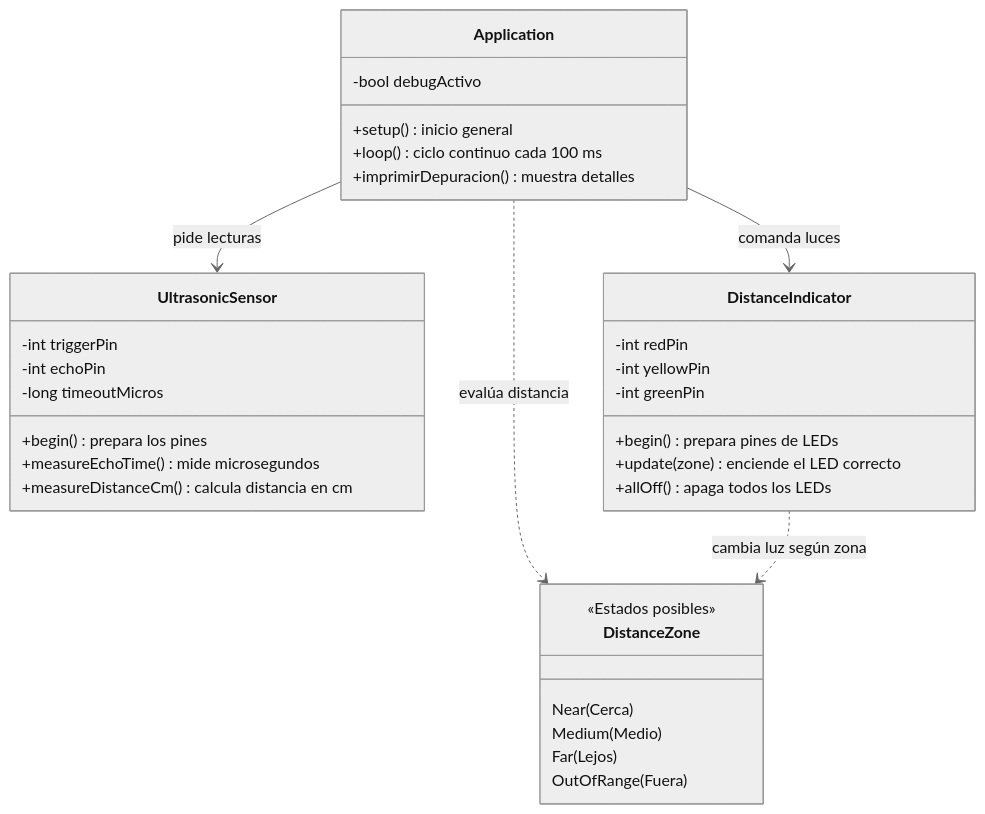
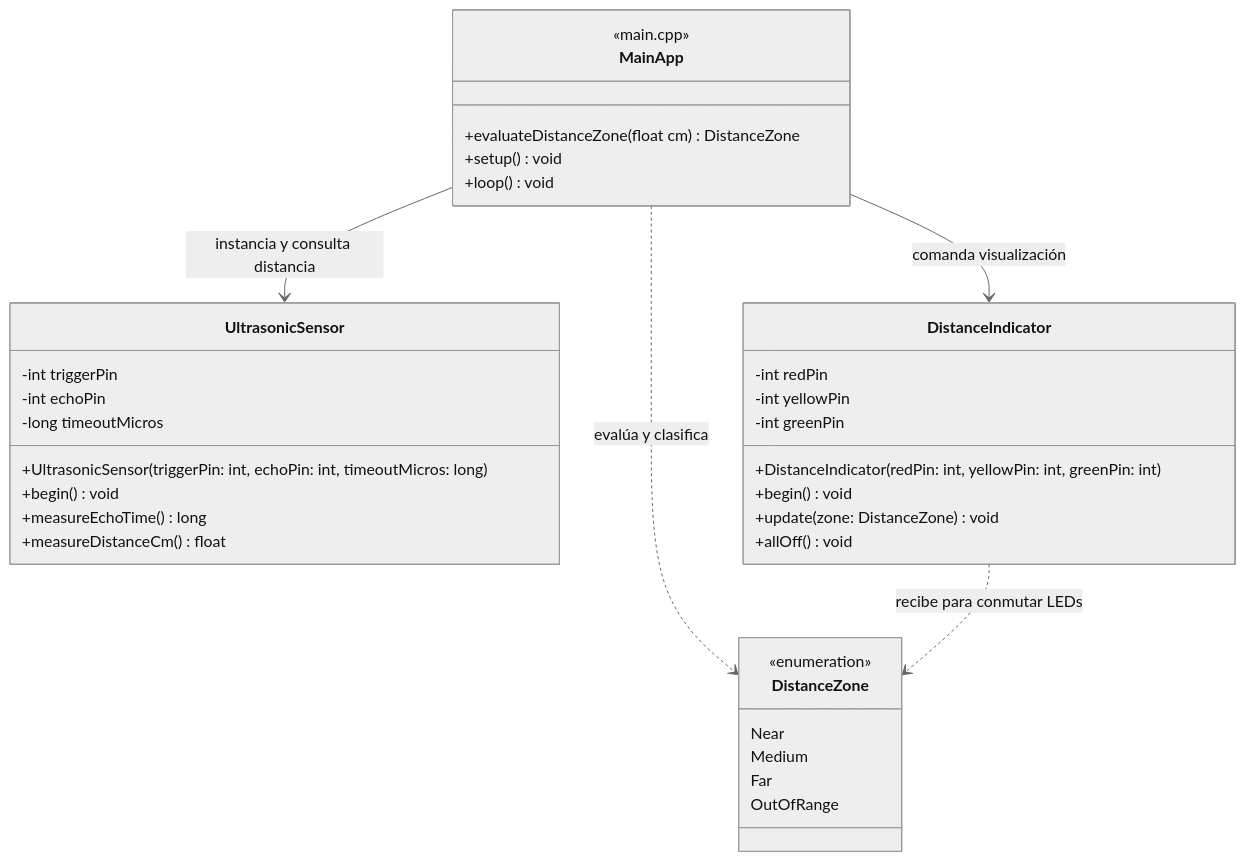
Before and after one commit to mjlozada2003/UltrasonicSensorLeds2: the third of 5 diagrams in INFORME_TECNICO.md, drawn with Mermaid (neutral theme). The commit also changed other lines of this file and 11 other files, not shown here.

````diff
--- a/INFORME_TECNICO.md
+++ b/INFORME_TECNICO.md
@@ -162,40 +138,42 @@
 ```mermaid
 classDiagram
     class DistanceZone {
-        <<Estados posibles>>
-        Near (Cerca)
-        Medium (Medio)
-        Far (Lejos)
-        OutOfRange (Fuera)
+        <<enumeration>>
+        Near
+        Medium
+        Far
+        OutOfRange
     }
 
     class UltrasonicSensor {
         -int triggerPin
         -int echoPin
         -long timeoutMicros
-        +begin() prepara los pines
-        +measureEchoTime() mide microsegundos
-        +measureDistanceCm() calcula distancia en cm
+        +UltrasonicSensor(triggerPin: int, echoPin: int, timeoutMicros: long)
+        +begin() void
+        +measureEchoTime() long
+        +measureDistanceCm() float
     }
 
     class DistanceIndicator {
         -int redPin
         -int yellowPin
         -int greenPin
-        +begin() prepara pines de LEDs
-        +update(zone) enciende el LED correcto
-        +allOff() apaga todos los LEDs
+        +DistanceIndicator(redPin: int, yellowPin: int, greenPin: int)
+        +begin() void
+        +update(zone: DistanceZone) void
+        +allOff() void
     }
 
-    class Application {
-        -bool debugActivo
-        +setup() inicio general
-        +loop() ciclo continuo cada 100 ms
-        +imprimirDepuracion() muestra detalles
+    class MainApp {
+        <<main.cpp>>
+        +evaluateDistanceZone(float cm) DistanceZone
+        +setup() void
+        +loop() void
     }
 
-    Application --> UltrasonicSensor : pide lecturas
-    Application --> DistanceIndicator : comanda luces
-    Application ..> DistanceZone : evalúa distancia
-    DistanceIndicator ..> DistanceZone : cambia luz según zona
+    MainApp --> UltrasonicSensor : instancia y consulta distancia
+    MainApp --> DistanceIndicator : comanda visualización
+    MainApp ..> DistanceZone : evalúa y clasifica
+    DistanceIndicator ..> DistanceZone : recibe para conmutar LEDs
 ```
````
